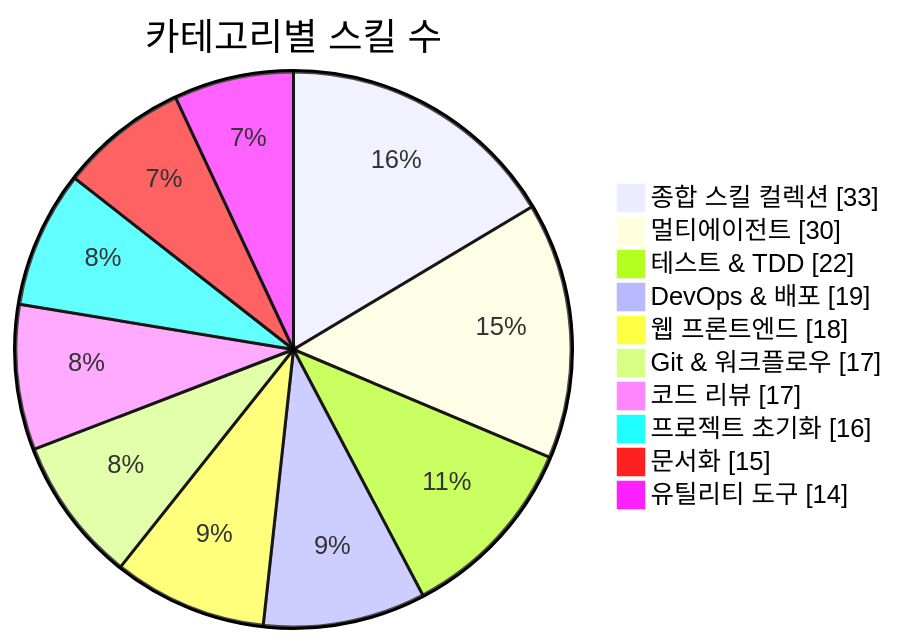
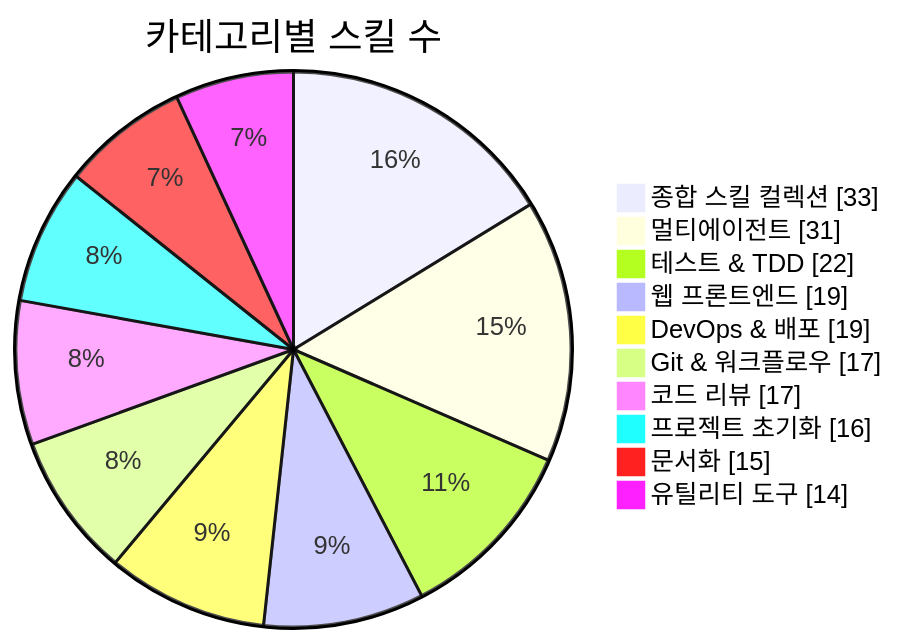
The first of 3 diagrams in README.md (J-nowcow/awesome-korean-agent-skills), drawn with Mermaid before and after one commit. The commit also changed other lines of this file and 5 other files, not shown here.

````diff
--- a/README.md
+++ b/README.md
@@ -176,14 +176,14 @@
 ```mermaid
 pie showData
     title 카테고리별 스킬 수
     "종합 스킬 컬렉션" : 33
-    "멀티에이전트" : 30
+    "멀티에이전트" : 31
     "테스트 & TDD" : 22
+    "웹 프론트엔드" : 19
     "DevOps & 배포" : 19
-    "웹 프론트엔드" : 18
     "Git & 워크플로우" : 17
     "코드 리뷰" : 17
     "프로젝트 초기화" : 16
     "문서화" : 15
     "유틸리티 도구" : 14
 ```
````
